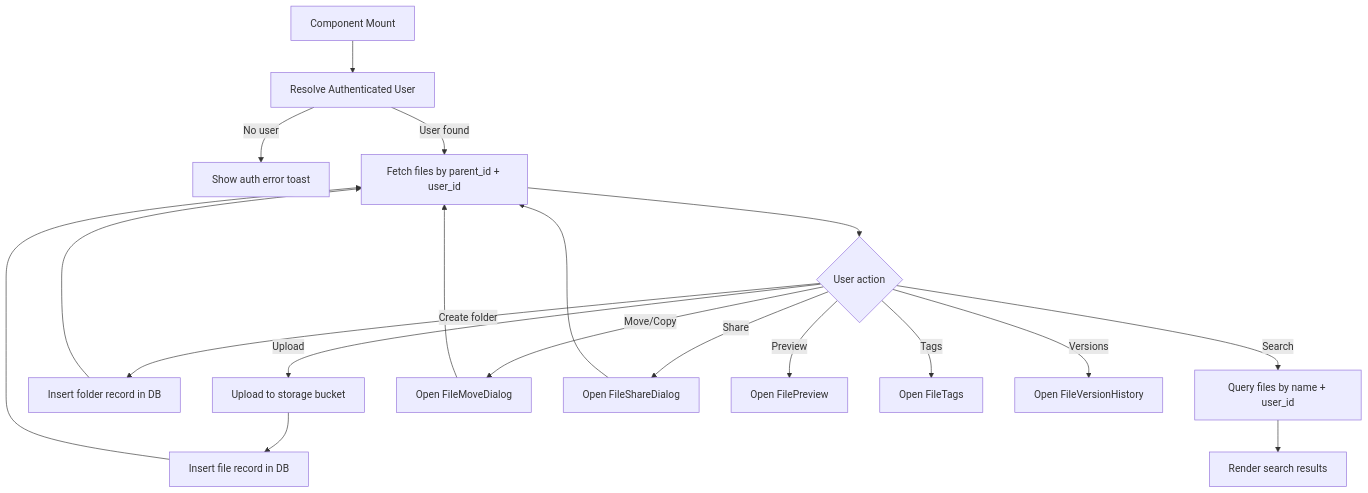
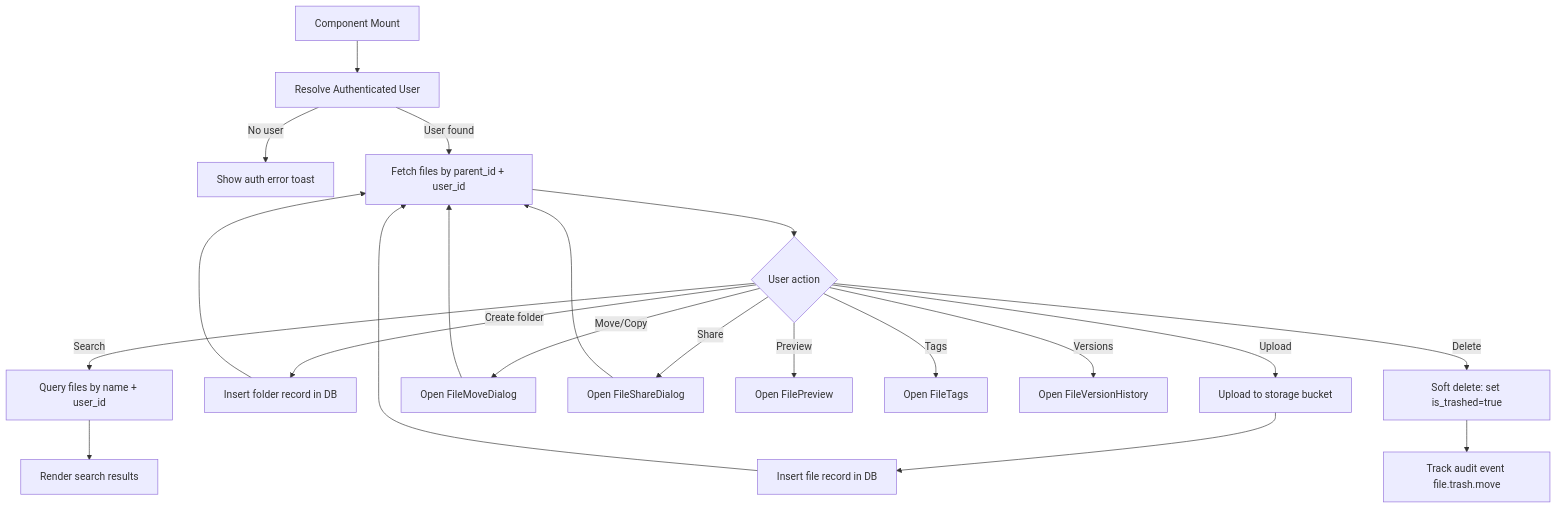
The diagram in app/components/files/README.md (AmanVatsSharma/AiCloudStorage), drawn with Mermaid before and after one commit. The commit also changed other lines of this file and 8 other files, not shown here.

Commit message:
Implement trash lifecycle with restore and permanent delete

````diff
--- a/app/components/files/README.md
+++ b/app/components/files/README.md
@@ -38,21 +42,23 @@
 ```mermaid
 flowchart TD
   A[Component Mount] --> B[Resolve Authenticated User]
   B -->|No user| C[Show auth error toast]
   B -->|User found| D[Fetch files by parent_id + user_id]
   D --> E{User action}
   E -->|Upload| F[Upload to storage bucket]
   F --> G[Insert file record in DB]
   E -->|Create folder| H[Insert folder record in DB]
   E -->|Search| I[Query files by name + user_id]
   E -->|Move/Copy| J[Open FileMoveDialog]
   E -->|Share| K[Open FileShareDialog]
   E -->|Preview| L[Open FilePreview]
   E -->|Tags| M[Open FileTags]
   E -->|Versions| N[Open FileVersionHistory]
+  E -->|Delete| T[Soft delete: set is_trashed=true]
+  T --> U[Track audit event file.trash.move]
   G --> D
   H --> D
   I --> O[Render search results]
   J --> D
   K --> D
 ```
````
